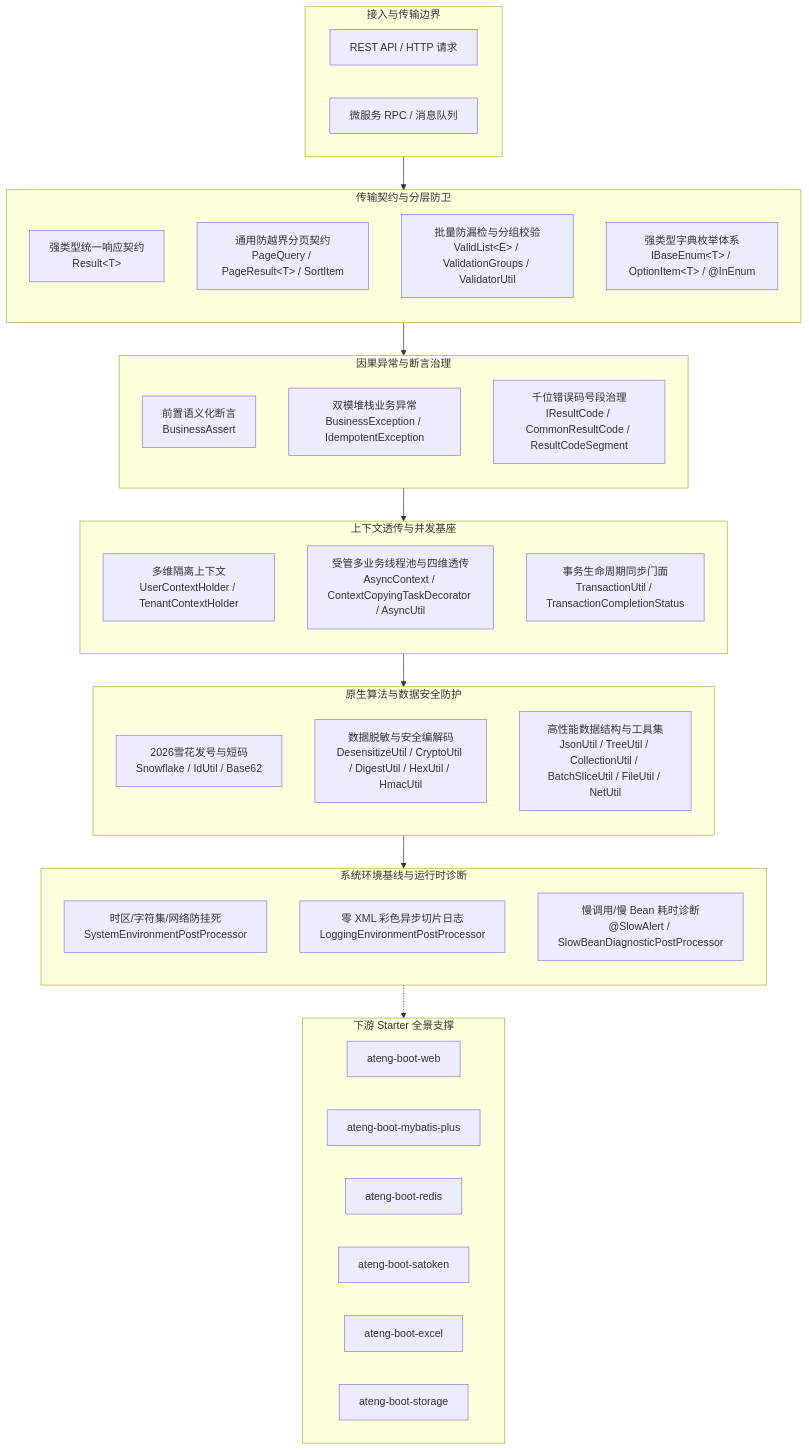
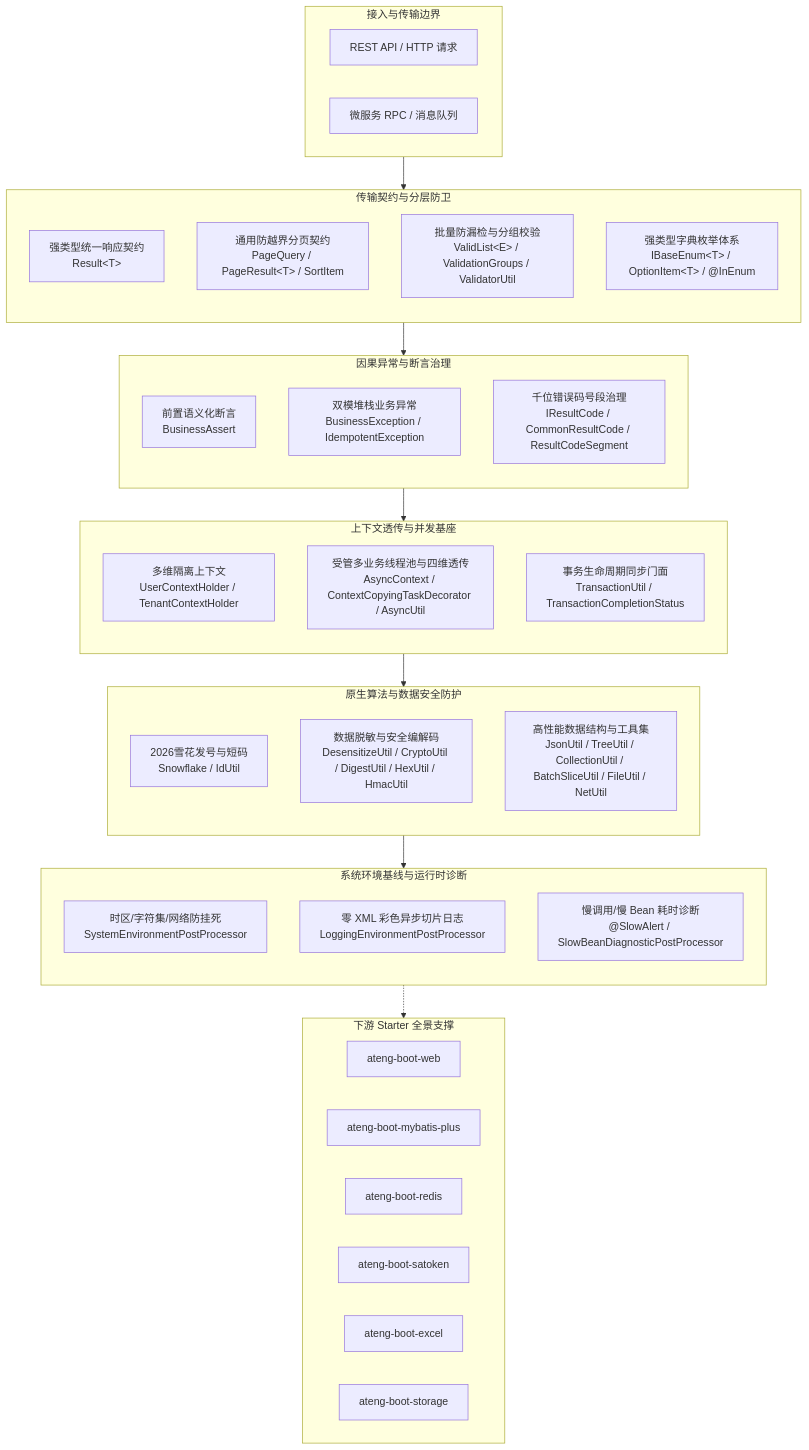
The diagram in ateng-boot-core/README.md (atengk/ateng-boot), drawn with Mermaid before and after one commit. The commit also changed other lines of this file and 4 other files, not shown here.

````diff
--- a/ateng-boot-core/README.md
+++ b/ateng-boot-core/README.md
@@ -95,61 +95,61 @@
 ```mermaid
 flowchart TD
     subgraph Client["接入与传输边界"]
         direction LR
         REST["REST API / HTTP 请求"]
         RPC["微服务 RPC / 消息队列"]
     end
 
     subgraph CoreContract["传输契约与分层防卫"]
         direction TB
         R["强类型统一响应契约<br/>Result&lt;T&gt;"]
         PQ["通用防越界分页契约<br/>PageQuery / PageResult&lt;T&gt; / SortItem"]
         VL["批量防漏检与分组校验<br/>ValidList&lt;E&gt; / ValidationGroups / ValidatorUtil"]
         BE["强类型字典枚举体系<br/>IBaseEnum&lt;T&gt; / OptionItem&lt;T&gt; / @InEnum"]
     end
 
     subgraph CoreDefense["因果异常与断言治理"]
         direction TB
         BA["前置语义化断言<br/>BusinessAssert"]
         EX["双模堆栈业务异常<br/>BusinessException / IdempotentException"]
         RC["千位错误码号段治理<br/>IResultCode / CommonResultCode / ResultCodeSegment"]
     end
 
     subgraph CorePlatform["上下文透传与并发基座"]
         direction TB
         CTX["多维隔离上下文<br/>UserContextHolder / TenantContextHolder"]
         ASYNC["受管多业务线程池与四维透传<br/>AsyncContext / ContextCopyingTaskDecorator / AsyncUtil"]
         TX["事务生命周期同步门面<br/>TransactionUtil / TransactionCompletionStatus"]
     end
 
     subgraph CoreAlgorithms["原生算法与数据安全防护"]
         direction TB
-        ID["2026雪花发号与短码<br/>Snowflake / IdUtil / Base62"]
+        ID["2026雪花发号与短码<br/>Snowflake / IdUtil"]
         SEC["数据脱敏与安全编解码<br/>DesensitizeUtil / CryptoUtil / DigestUtil / HexUtil / HmacUtil"]
         DATA["高性能数据结构与工具集<br/>JsonUtil / TreeUtil / CollectionUtil / BatchSliceUtil / FileUtil / NetUtil"]
     end
 
     subgraph CoreBaseline["系统环境基线与运行时诊断"]
         direction TB
         SYS["时区/字符集/网络防挂死<br/>SystemEnvironmentPostProcessor"]
         LOG["零 XML 彩色异步切片日志<br/>LoggingEnvironmentPostProcessor"]
         SLOW["慢调用/慢 Bean 耗时诊断<br/>@SlowAlert / SlowBeanDiagnosticPostProcessor"]
     end
 
     subgraph Downstream["下游 Starter 全景支撑"]
         direction LR
         WEB["ateng-boot-web"]
         MP["ateng-boot-mybatis-plus"]
         RDS["ateng-boot-redis"]
         SA["ateng-boot-satoken"]
         XLS["ateng-boot-excel"]
         OSS["ateng-boot-storage"]
     end
 
     Client --> CoreContract
     CoreContract --> CoreDefense
     CoreDefense --> CorePlatform
     CorePlatform --> CoreAlgorithms
     CoreAlgorithms --> CoreBaseline
     CoreBaseline -.-> Downstream
 ```
````
